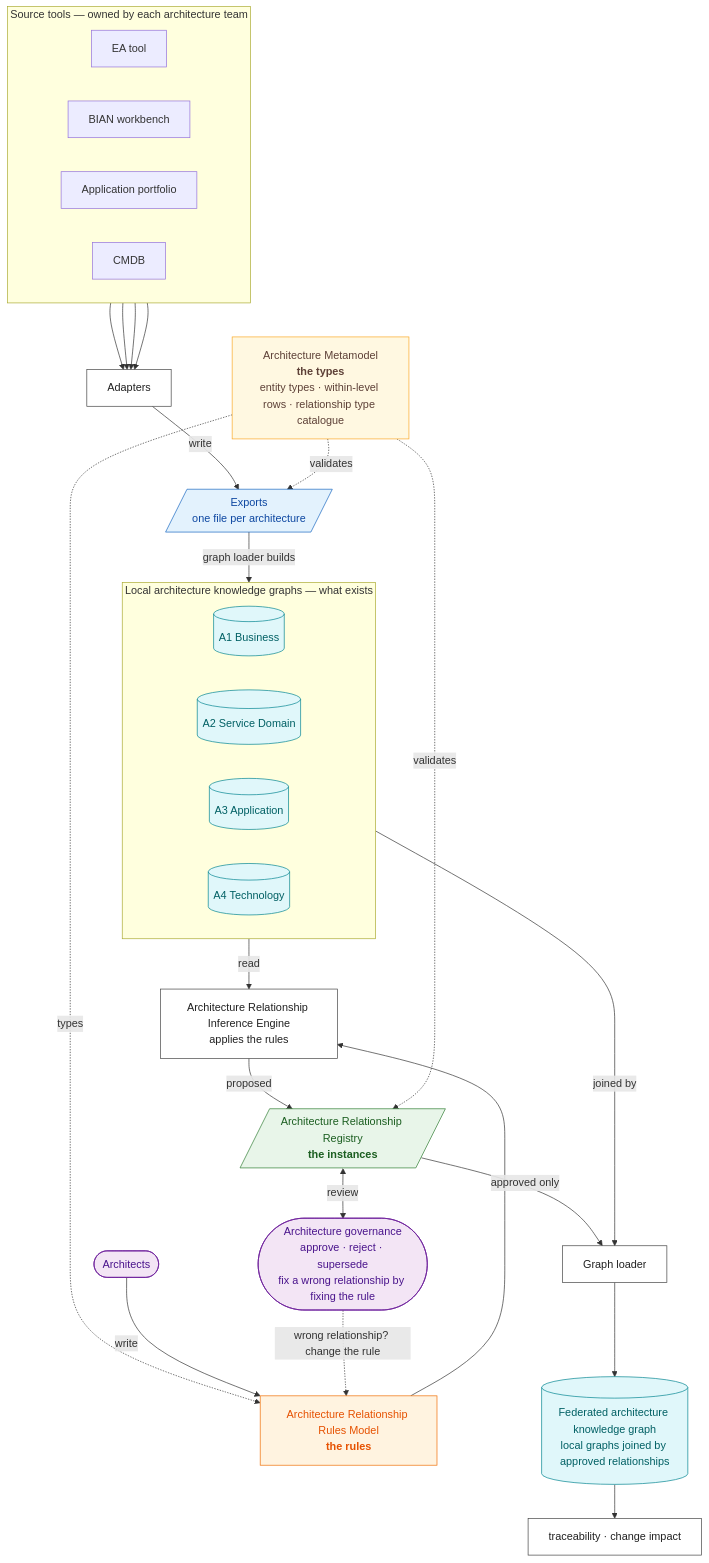
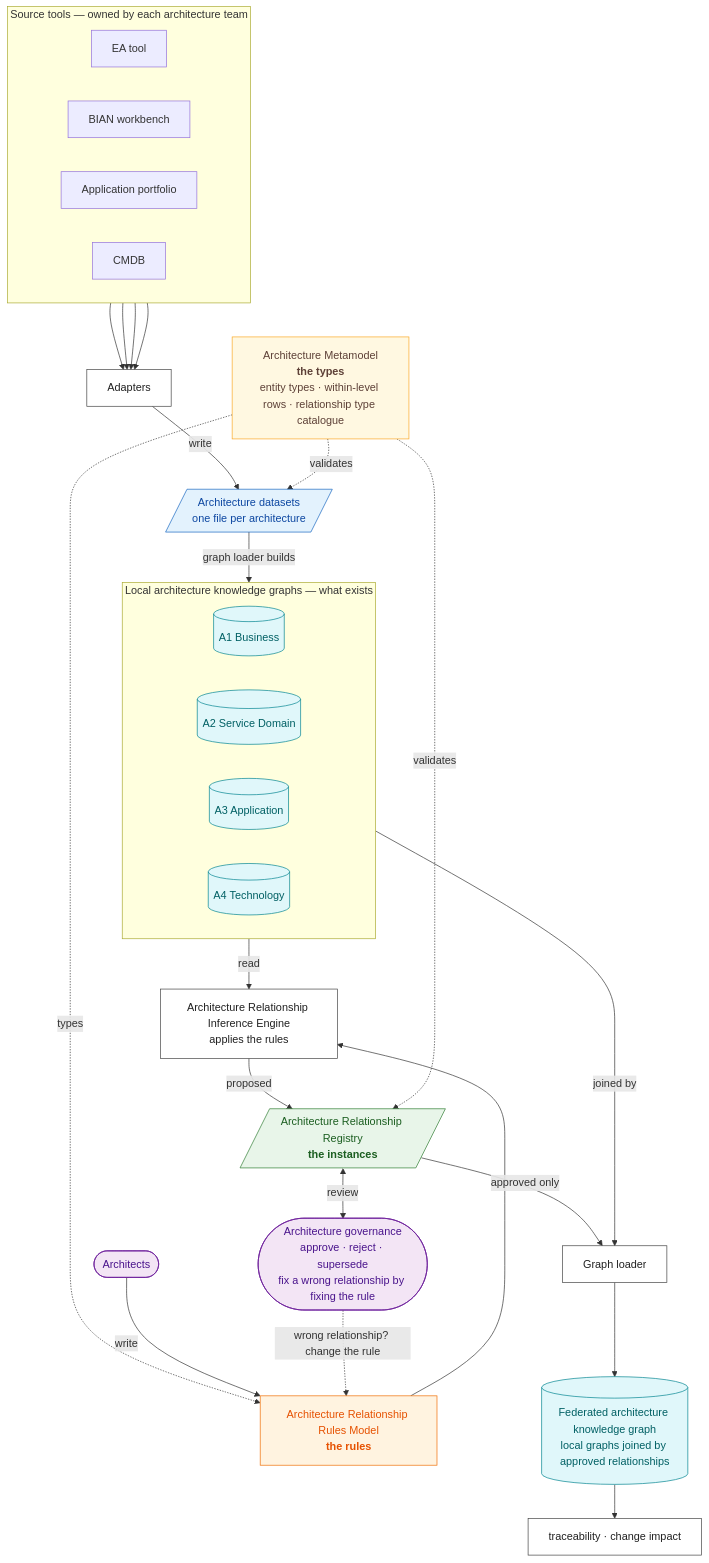
Before and after one commit to taumoeps/bian-sdem-framework: the diagram in README.md, drawn with Mermaid. The commit also changed other lines of this file and 110 other files, not shown here.

````diff
--- a/README.md
+++ b/README.md
@@ -42,57 +42,57 @@
 ```mermaid
 flowchart TB
     classDef def fill:#FFF8E1,stroke:#F9A825,color:#5D4037
     classDef data fill:#E3F2FD,stroke:#1565C0,color:#0D47A1
     classDef rules fill:#FFF3E0,stroke:#EF6C00,color:#E65100
     classDef links fill:#E8F5E9,stroke:#2E7D32,color:#1B5E20
     classDef prog fill:#FFFFFF,stroke:#424242,color:#212121
     classDef person fill:#F3E5F5,stroke:#6A1B9A,color:#4A148C
     classDef kg fill:#E0F7FA,stroke:#00838F,color:#006064
 
     META["Architecture Metamodel<br/><b>the types</b><br/>entity types · within-level rows · relationship type catalogue"]:::def
 
     subgraph SRC["Source tools — owned by each architecture team"]
         direction LR
         T1["EA tool"]
         T2["BIAN workbench"]
         T3["Application portfolio"]
         T4["CMDB"]
     end
 
     ADP["Adapters"]:::prog
-    EXP[/"Exports<br/>one file per architecture"/]:::data
+    EXP[/"Architecture datasets<br/>one file per architecture"/]:::data
 
     subgraph LOCAL["Local architecture knowledge graphs — what exists"]
         direction LR
         L1[("A1 Business")]:::kg
         L2[("A2 Service Domain")]:::kg
         L3[("A3 Application")]:::kg
         L4[("A4 Technology")]:::kg
     end
 
     ARCH(["Architects"]):::person
     RULES["Architecture Relationship Rules Model<br/><b>the rules</b>"]:::rules
     ENG["Architecture Relationship Inference Engine<br/>applies the rules"]:::prog
     REG[/"Architecture Relationship Registry<br/><b>the instances</b>"/]:::links
     REV(["Architecture governance<br/>approve · reject · supersede<br/>fix a wrong relationship by fixing the rule"]):::person
     LDR["Graph loader"]:::prog
     FED[("Federated architecture knowledge graph<br/>local graphs joined by approved relationships")]:::kg
     Q["traceability · change impact"]:::prog
 
     T1 & T2 & T3 & T4 --> ADP
     ADP -->|write| EXP
     META -.->|validates| EXP
     EXP -->|graph loader builds| LOCAL
     META -.->|types| RULES
     ARCH -->|write| RULES
     RULES --> ENG
     LOCAL -->|read| ENG
     ENG -->|proposed| REG
     META -.->|validates| REG
     REG <-->|review| REV
     REV -.->|wrong relationship? change the rule| RULES
     REG -->|approved only| LDR
     LOCAL -->|joined by| LDR
     LDR --> FED
     FED --> Q
 ```
````
